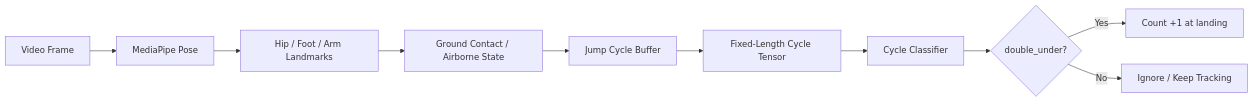
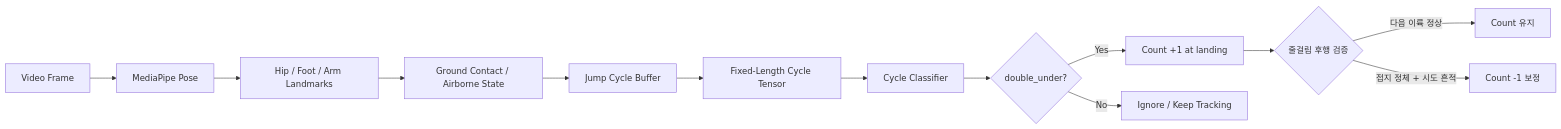
One commit to Hooneybadger/jump-rope-detector changed the first of 5 diagrams in double_jump/README.md. Above: the diagram before and after it, drawn with Mermaid. The commit also changed other lines of this file and 10 other files, not shown here.

````diff
--- a/double_jump/README.md
+++ b/double_jump/README.md
@@ -16,12 +16,15 @@
 ```mermaid
 flowchart LR
     A[Video Frame] --> B[MediaPipe Pose]
     B --> C[Hip / Foot / Arm Landmarks]
     C --> D[Ground Contact / Airborne State]
     D --> E[Jump Cycle Buffer]
     E --> F[Fixed-Length Cycle Tensor]
     F --> G[Cycle Classifier]
     G --> H{double_under?}
     H -->|Yes| I[Count +1 at landing]
-    H -->|No| J[Ignore / Keep Tracking]
+    I --> I1{줄걸림 후행 검증}
+    I1 -->|다음 이륙 정상| J[Count 유지]
+    I1 -->|접지 정체 + 시도 흔적| K[Count -1 보정]
+    H -->|No| L[Ignore / Keep Tracking]
 ```
````
